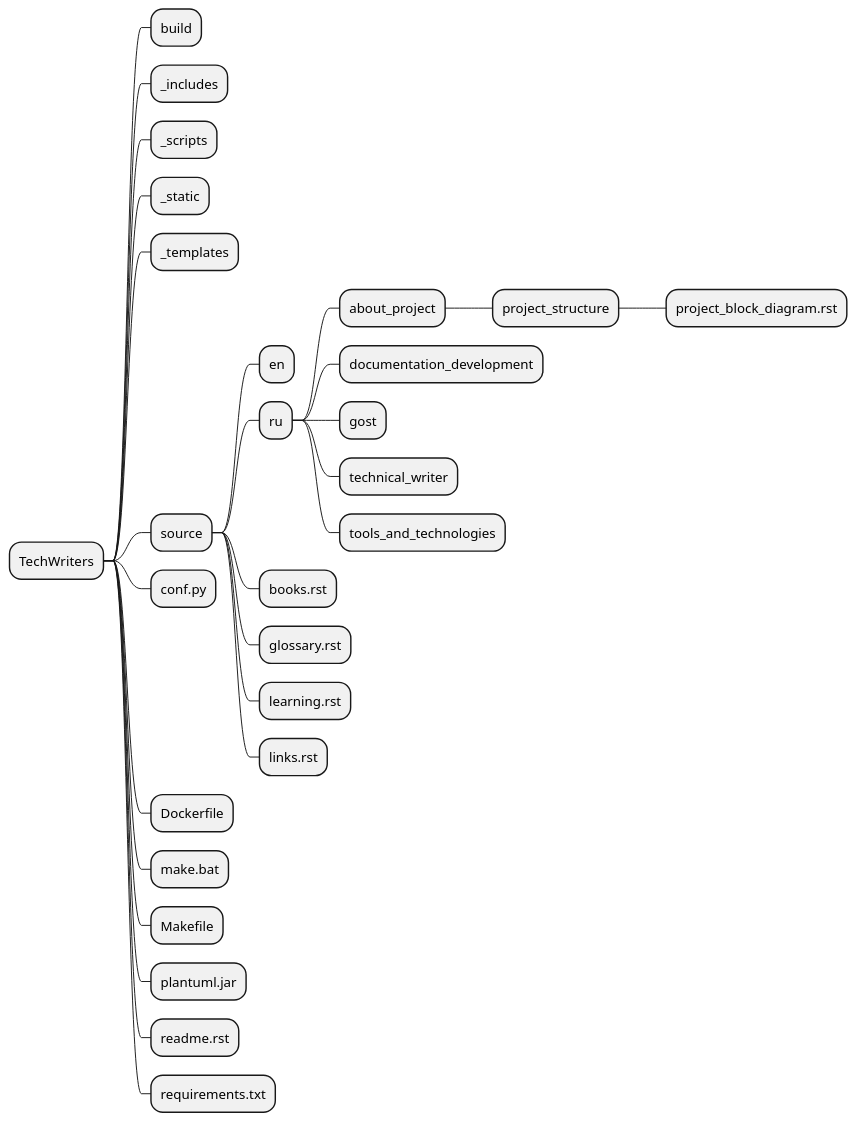
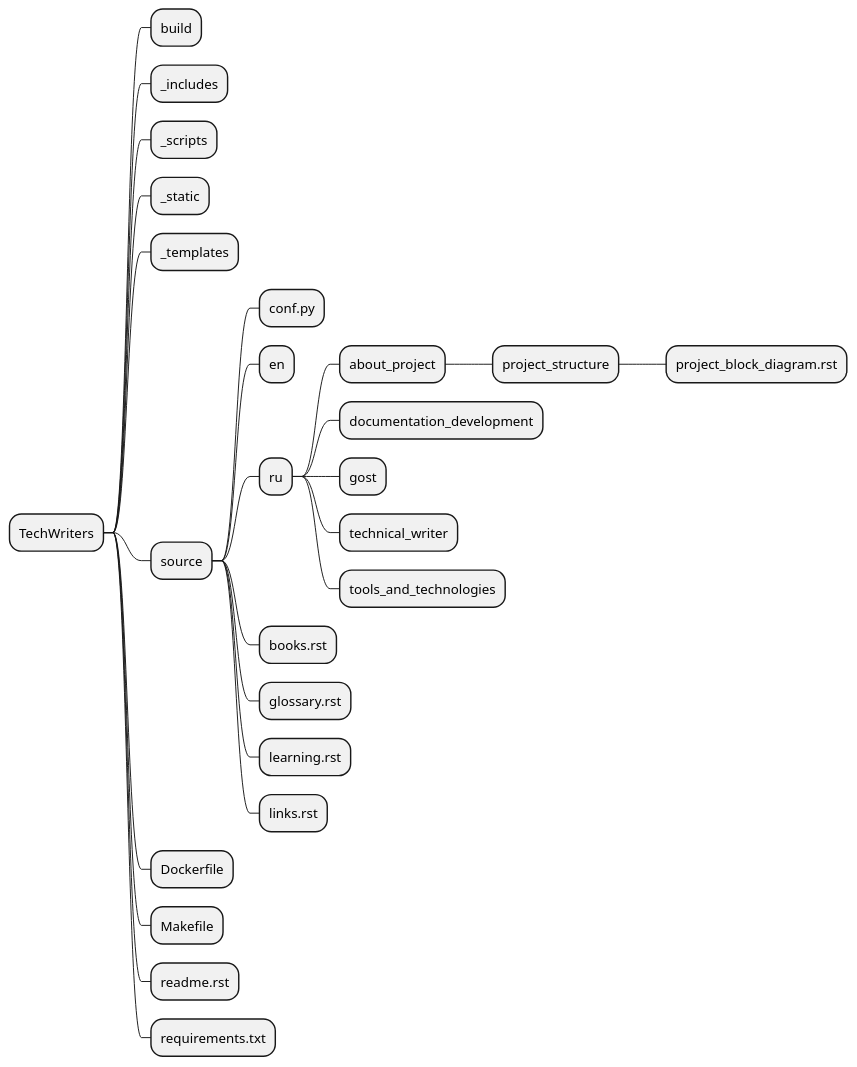
The diagram in source/ru/about_project/project_structure/project_block_diagram.rst (techwri/techwritersru), drawn with PlantUML before and after one commit. The commit also changed other lines of this file and 3 other files, not shown here.

```diff
--- a/source/ru/about_project/project_structure/project_block_diagram.rst
+++ b/source/ru/about_project/project_structure/project_block_diagram.rst
@@ -7,31 +7,29 @@
 .. uml::
 
     @startmindmap
     * TechWriters
     ** build
     ** _includes
     ** _scripts
     ** _static
     ** _templates
     ** source
+    *** conf.py
     *** en
     *** ru
     **** about_project
     ***** project_structure
     ****** project_block_diagram.rst
     **** documentation_development
     **** gost
     **** technical_writer
     **** tools_and_technologies
     *** books.rst
     *** glossary.rst
     *** learning.rst
     *** links.rst
-    ** conf.py
     ** Dockerfile
-    ** make.bat
     ** Makefile
-    ** plantuml.jar
     ** readme.rst
     ** requirements.txt
     @endmindmap
```
